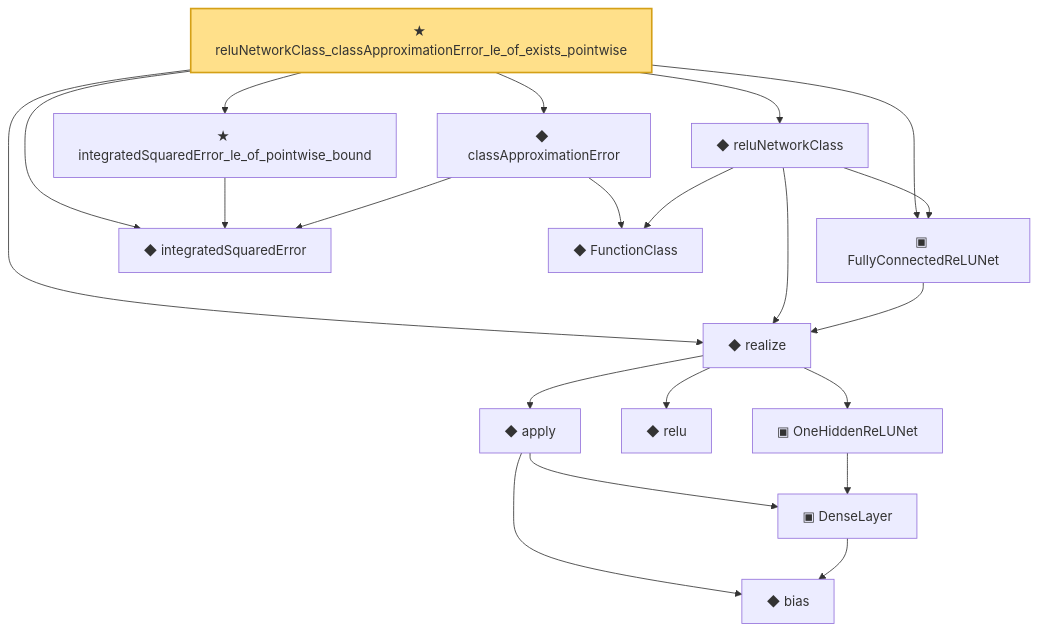
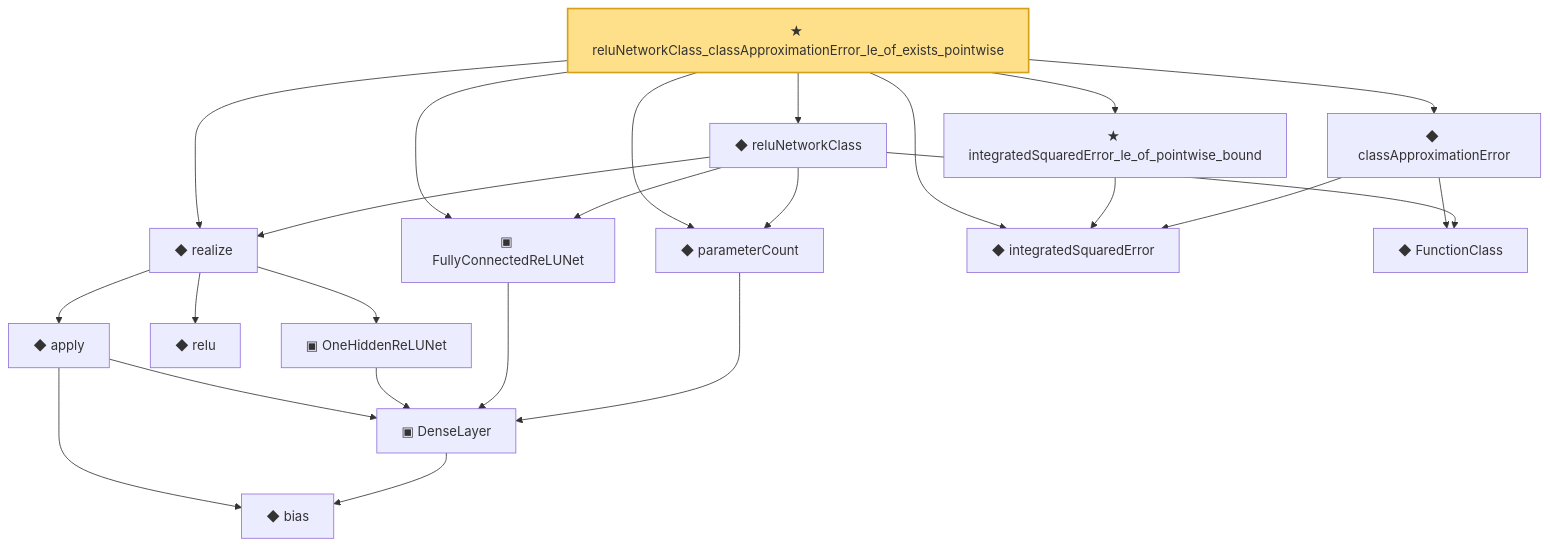
Before and after one commit to statopia/statlib-site: the diagram in public/narratives/Nonparametric/reluNetworkClass_classApproximationError_le_of_exists_pointwise.md, drawn with Mermaid. The commit also changed other lines of this file and 940 other files, not shown here.

Commit message:
docs: refresh featured dependency graphs

````diff
--- a/public/narratives/Nonparametric/reluNetworkClass_classApproximationError_le_of_exists_pointwise.md
+++ b/public/narratives/Nonparametric/reluNetworkClass_classApproximationError_le_of_exists_pointwise.md
@@ -24,39 +25,43 @@
 ```mermaid
 flowchart TD
   n0["◆ bias"]
   n1["▣ DenseLayer"]
-  n2["▣ OneHiddenReLUNet"]
-  n3["◆ relu"]
-  n4["◆ apply"]
-  n5["◆ realize"]
-  n6["▣ FullyConnectedReLUNet"]
-  n7["◆ integratedSquaredError"]
-  n8["◆ FunctionClass"]
-  n9["◆ reluNetworkClass"]
-  n10["◆ classApproximationError"]
-  n11["★ integratedSquaredError_le_of_pointwise_bound"]
-  n12["★ reluNetworkClass_classApproximationError_le_of_exists_pointwise"]
+  n2["◆ parameterCount"]
+  n3["▣ FullyConnectedReLUNet"]
+  n4["▣ OneHiddenReLUNet"]
+  n5["◆ relu"]
+  n6["◆ apply"]
+  n7["◆ realize"]
+  n8["◆ integratedSquaredError"]
+  n9["◆ FunctionClass"]
+  n10["◆ reluNetworkClass"]
+  n11["◆ classApproximationError"]
+  n12["★ integratedSquaredError_le_of_pointwise_bound"]
+  n13["★ reluNetworkClass_classApproximationError_le_of_exists_pointwise"]
   n1 --> n0
   n2 --> n1
+  n3 --> n1
   n4 --> n1
-  n4 --> n0
-  n5 --> n2
-  n5 --> n3
-  n5 --> n4
-  n6 --> n5
-  n9 --> n8
-  n9 --> n6
-  n9 --> n5
-  n10 --> n8
+  n6 --> n1
+  n6 --> n0
+  n7 --> n4
+  n7 --> n5
+  n7 --> n6
+  n10 --> n2
+  n10 --> n9
+  n10 --> n3
   n10 --> n7
-  n11 --> n7
-  n12 --> n6
-  n12 --> n5
-  n12 --> n7
-  n12 --> n9
-  n12 --> n10
-  n12 --> n11
-  class n12 headline;
+  n11 --> n9
+  n11 --> n8
+  n12 --> n8
+  n13 --> n2
+  n13 --> n3
+  n13 --> n7
+  n13 --> n8
+  n13 --> n10
+  n13 --> n11
+  n13 --> n12
+  class n13 headline;
   classDef headline fill:#ffe08a,stroke:#d4a017,stroke-width:2px;
   classDef axiomNode fill:#ffd0d0,stroke:#c0392b,stroke-dasharray:4 2;
 ```
````
